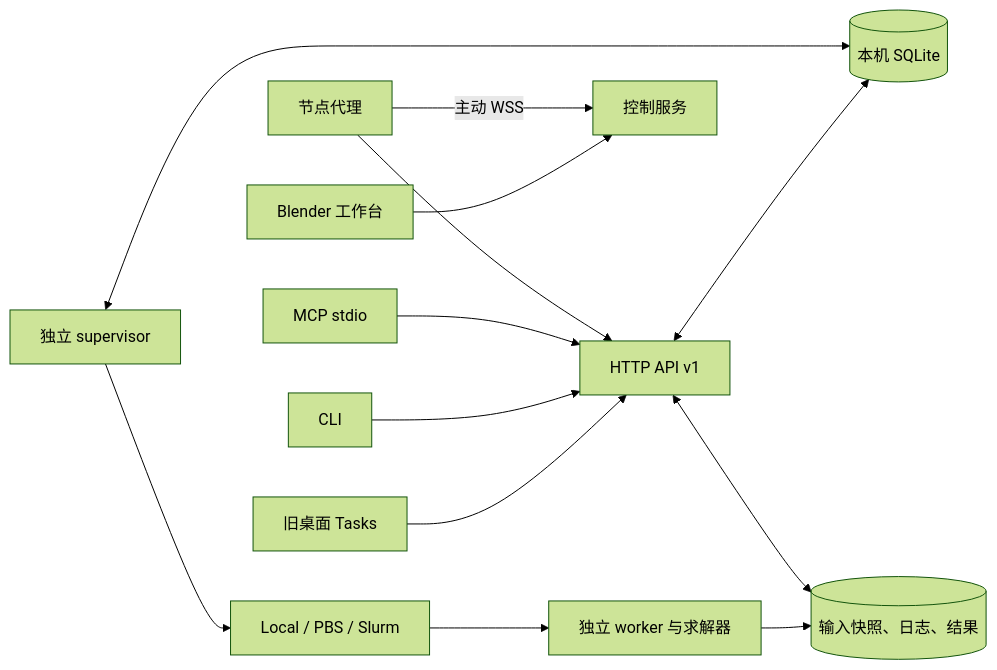
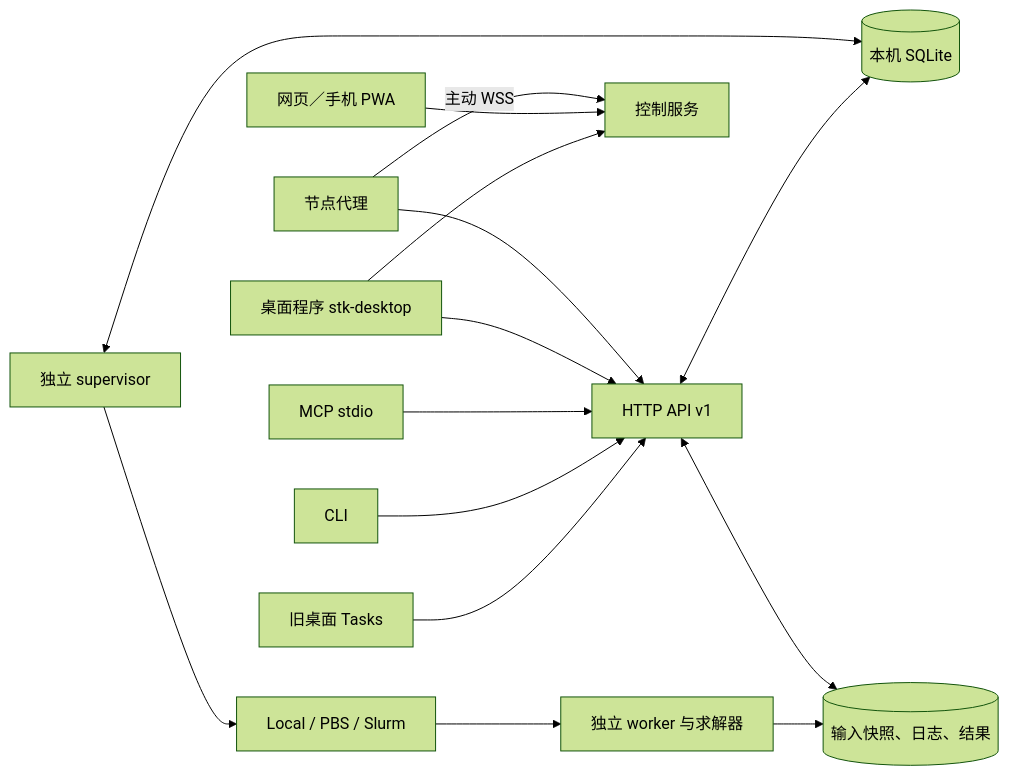
One commit to sijintech/stk changed the diagram in docs/runtime.md. Above: the diagram before and after it, drawn with Mermaid (forest theme). The commit also changed other lines of this file and 56 other files, not shown here.

````diff
--- a/docs/runtime.md
+++ b/docs/runtime.md
@@ -9,15 +9,17 @@
 ```mermaid
 flowchart LR
   Desktop[旧桌面 Tasks] --> API[HTTP API v1]
   CLI[CLI] --> API
   MCP[MCP stdio] --> API
-  Workbench[Blender 工作台] --> Control[控制服务]
+  StkDesktop[桌面程序 stk-desktop] --> API
+  StkDesktop --> Control[控制服务]
+  Web[网页／手机 PWA] --> Control
   Node[节点代理] -->|主动 WSS| Control
   Node --> API
   API <--> DB[(本机 SQLite)]
   Supervisor[独立 supervisor] <--> DB
   Supervisor --> Backend[Local / PBS / Slurm]
   Backend --> Worker[独立 worker 与求解器]
   Worker --> Files[(输入快照、日志、结果)]
   API <--> Files
 ```
````
